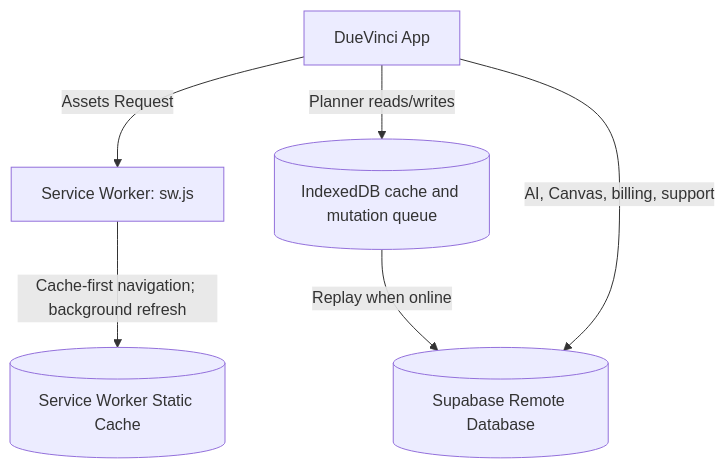
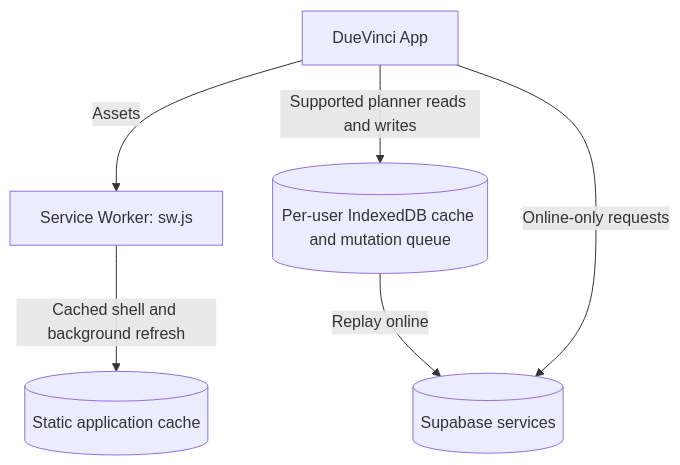
One commit to saappleg/DueVinci changed the diagram in wiki/Offline-Support-&-PWA.md. Above: the diagram before and after it, drawn with Mermaid. The commit also changed other lines of this file and 28 other files, not shown here.

````diff
--- a/wiki/Offline-Support-&-PWA.md
+++ b/wiki/Offline-Support-&-PWA.md
@@ -14,13 +9,13 @@
 ```mermaid
 flowchart TD
     App[DueVinci App]
     SW[Service Worker: sw.js]
-    Cache[(Service Worker Static Cache)]
-    Cloud[(Supabase Remote Database)]
-
-    App -- "Assets Request" --> SW
-    SW -- "Cache-first navigation; background refresh" --> Cache
-    App -- "Planner reads/writes" --> LocalDB[(IndexedDB cache and mutation queue)]
-    LocalDB -- "Replay when online" --> Cloud
-    App -- "AI, Canvas, billing, support" --> Cloud
+    Cache[(Static application cache)]
+    LocalDB[(Per-user IndexedDB cache and mutation queue)]
+    Cloud[(Supabase services)]
+    App -- Assets --> SW
+    SW -- Cached shell and background refresh --> Cache
+    App -- Supported planner reads and writes --> LocalDB
+    LocalDB -- Replay online --> Cloud
+    App -- Online-only requests --> Cloud
 ```
````
